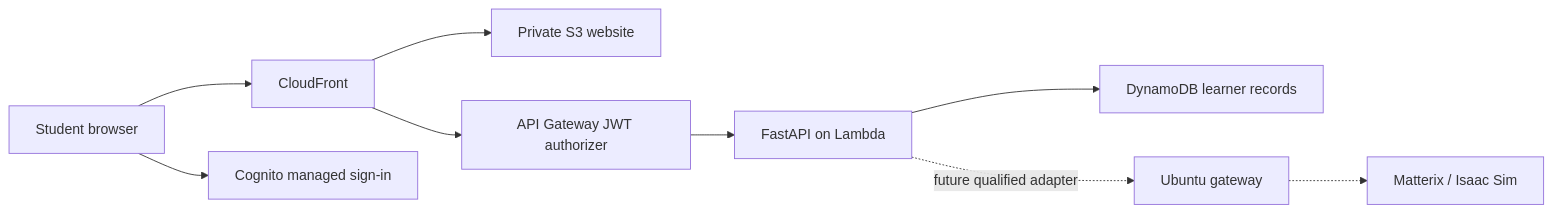
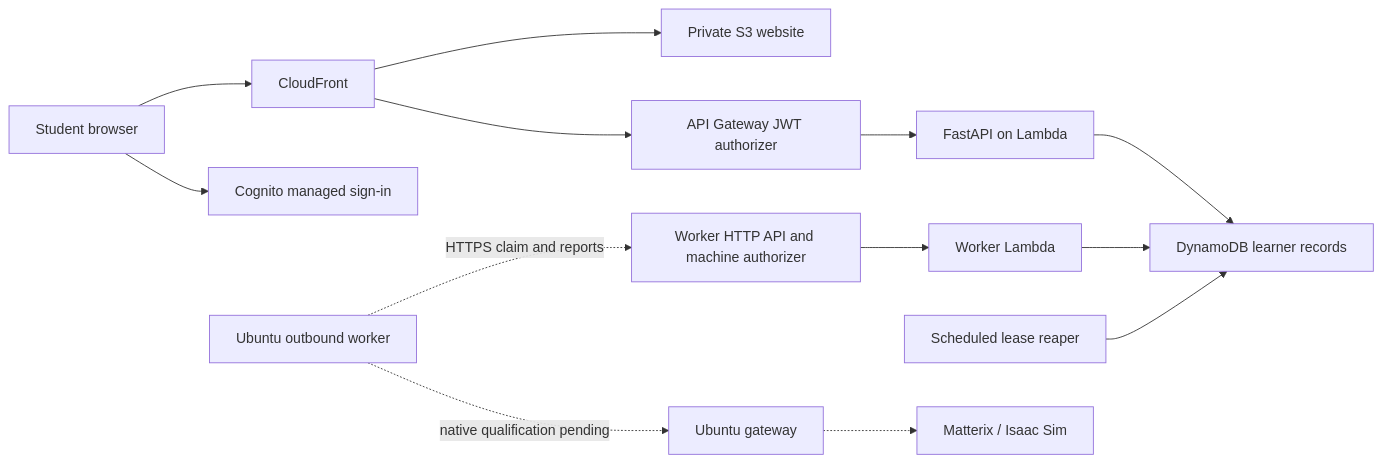
One commit to SissiFeng/matterix-academy changed the diagram in docs/ARCHITECTURE.md. Above: the diagram before and after it, drawn with Mermaid. The commit also changed other lines of this file and 39 other files, not shown here.

````diff
--- a/docs/ARCHITECTURE.md
+++ b/docs/ARCHITECTURE.md
@@ -13,11 +13,15 @@
 ```mermaid
 flowchart LR
   Browser[Student browser] --> CDN[CloudFront]
   CDN --> Web[Private S3 website]
   Browser --> Auth[Cognito managed sign-in]
   CDN --> API[API Gateway JWT authorizer]
   API --> Backend[FastAPI on Lambda]
   Backend --> DB[DynamoDB learner records]
-  Backend -. future qualified adapter .-> Gateway[Ubuntu gateway]
+  Worker[Ubuntu outbound worker] -. HTTPS claim and reports .-> MachineAPI[Worker HTTP API and machine authorizer]
+  MachineAPI --> Runner[Worker Lambda]
+  Runner --> DB
+  Reaper[Scheduled lease reaper] --> DB
+  Worker -. native qualification pending .-> Gateway[Ubuntu gateway]
   Gateway -.-> Engine[Matterix / Isaac Sim]
 ```
````
